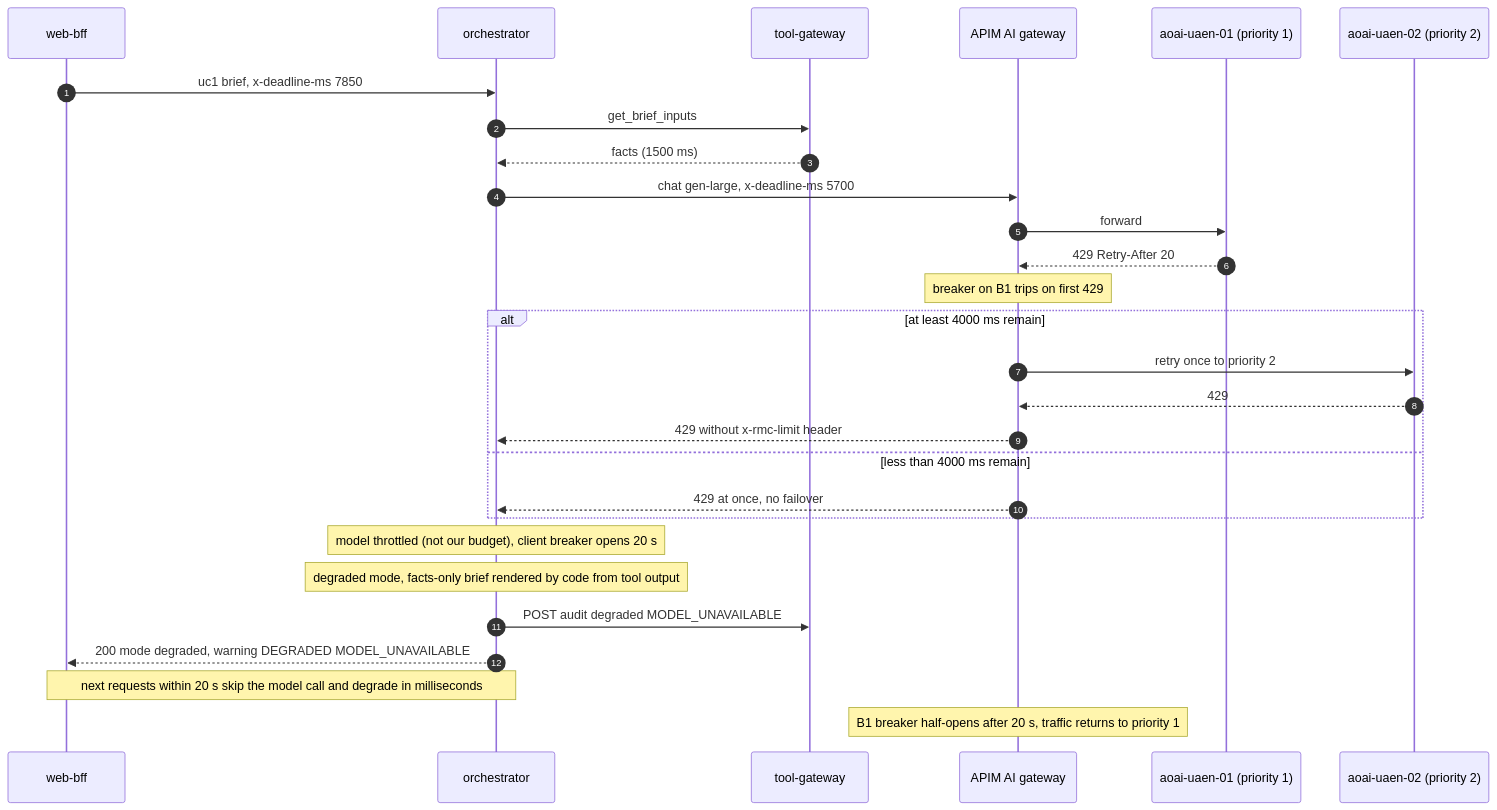
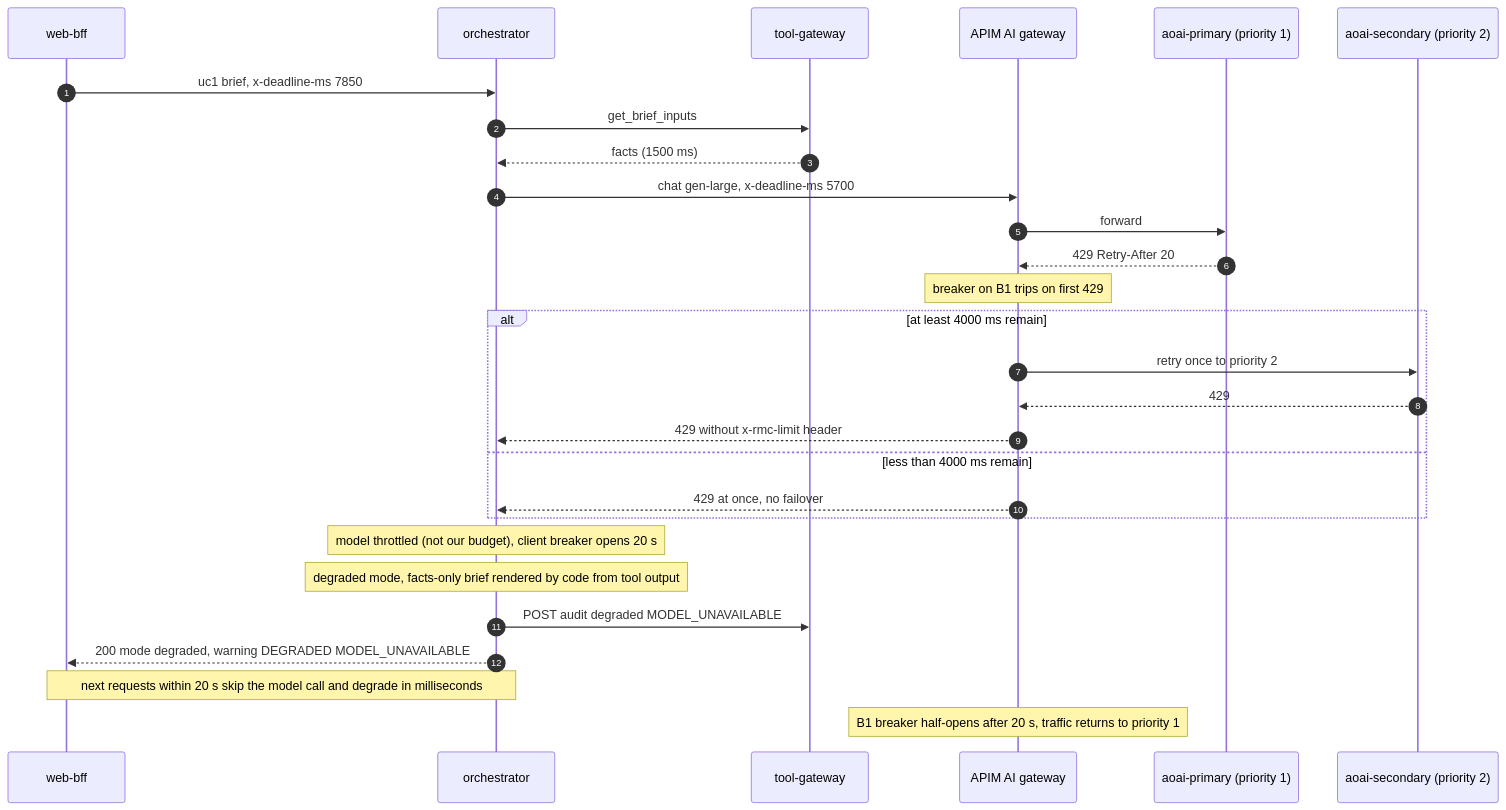
One commit to abhishekiit2014032/sme-rm-copilot changed the sixth of 7 diagrams in docs/architecture/02-lld.md. Above: the diagram before and after it, drawn with Mermaid. The commit also changed other lines of this file and 19 other files, not shown here.

````diff
--- a/docs/architecture/02-lld.md
+++ b/docs/architecture/02-lld.md
@@ -2435,30 +2494,30 @@
 ```mermaid
 sequenceDiagram
     autonumber
     participant BFF as web-bff
     participant ORC as orchestrator
     participant TG as tool-gateway
     participant AIG as APIM AI gateway
-    participant B1 as aoai-uaen-01 (priority 1)
-    participant B2 as aoai-uaen-02 (priority 2)
+    participant B1 as aoai-primary (priority 1)
+    participant B2 as aoai-secondary (priority 2)
     BFF->>ORC: uc1 brief, x-deadline-ms 7850
     ORC->>TG: get_brief_inputs
     TG-->>ORC: facts (1500 ms)
     ORC->>AIG: chat gen-large, x-deadline-ms 5700
     AIG->>B1: forward
     B1-->>AIG: 429 Retry-After 20
     Note over AIG: breaker on B1 trips on first 429
     alt at least 4000 ms remain
         AIG->>B2: retry once to priority 2
         B2-->>AIG: 429
         AIG-->>ORC: 429 without x-rmc-limit header
     else less than 4000 ms remain
         AIG-->>ORC: 429 at once, no failover
     end
     Note over ORC: model throttled (not our budget), client breaker opens 20 s
     Note over ORC: degraded mode, facts-only brief rendered by code from tool output
     ORC->>TG: POST audit degraded MODEL_UNAVAILABLE
     ORC-->>BFF: 200 mode degraded, warning DEGRADED MODEL_UNAVAILABLE
     Note over BFF,ORC: next requests within 20 s skip the model call and degrade in milliseconds
     Note over AIG: B1 breaker half-opens after 20 s, traffic returns to priority 1
 ```
````
